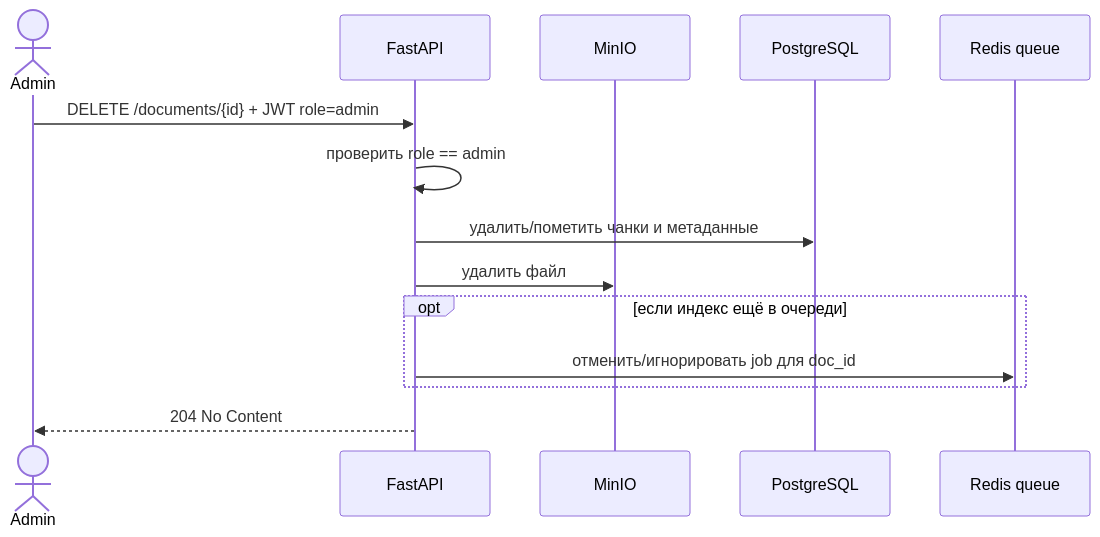
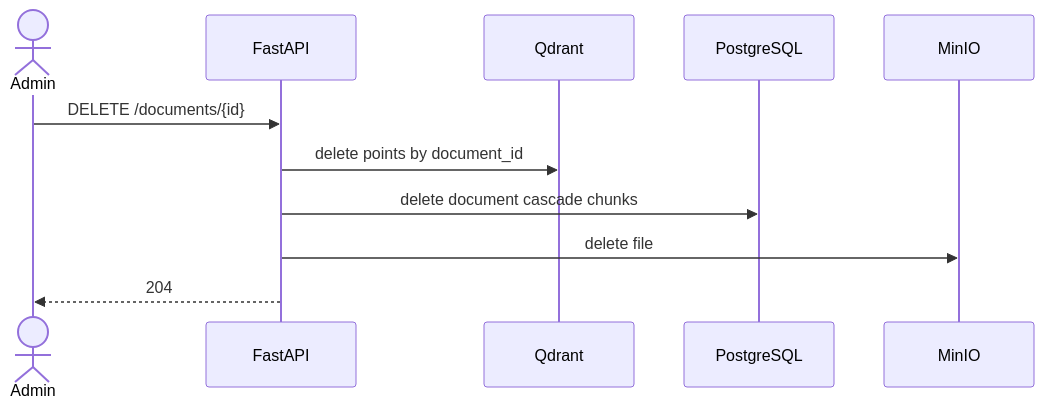
One commit to 1rate/ai-docs changed the fourth of 5 diagrams in docs/system-interaction.md. Above: the diagram before and after it, drawn with Mermaid. The commit also changed other lines of this file and 16 other files, not shown here.

````diff
--- a/docs/system-interaction.md
+++ b/docs/system-interaction.md
@@ -149,17 +148,14 @@
 ```mermaid
 sequenceDiagram
   actor A as Admin
   participant API as FastAPI
+  participant QD as Qdrant
+  participant PG as PostgreSQL
   participant S3 as MinIO
-  participant PG as PostgreSQL
-  participant RD as Redis queue
 
-  A->>API: DELETE /documents/{id} + JWT role=admin
-  API->>API: проверить role == admin
-  API->>PG: удалить/пометить чанки и метаданные
-  API->>S3: удалить файл
-  opt если индекс ещё в очереди
-    API->>RD: отменить/игнорировать job для doc_id
-  end
-  API-->>A: 204 No Content
+  A->>API: DELETE /documents/{id}
+  API->>QD: delete points by document_id
+  API->>PG: delete document cascade chunks
+  API->>S3: delete file
+  API-->>A: 204
 ```
````
